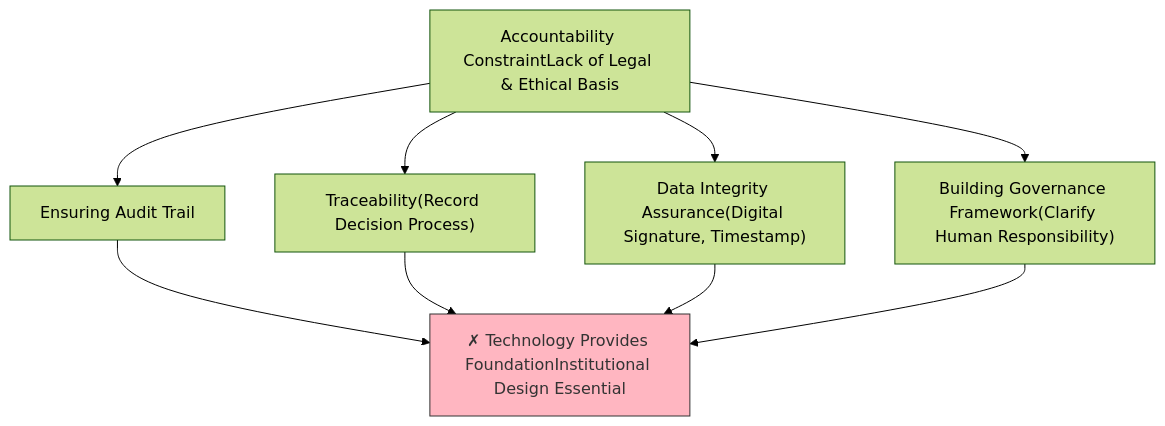
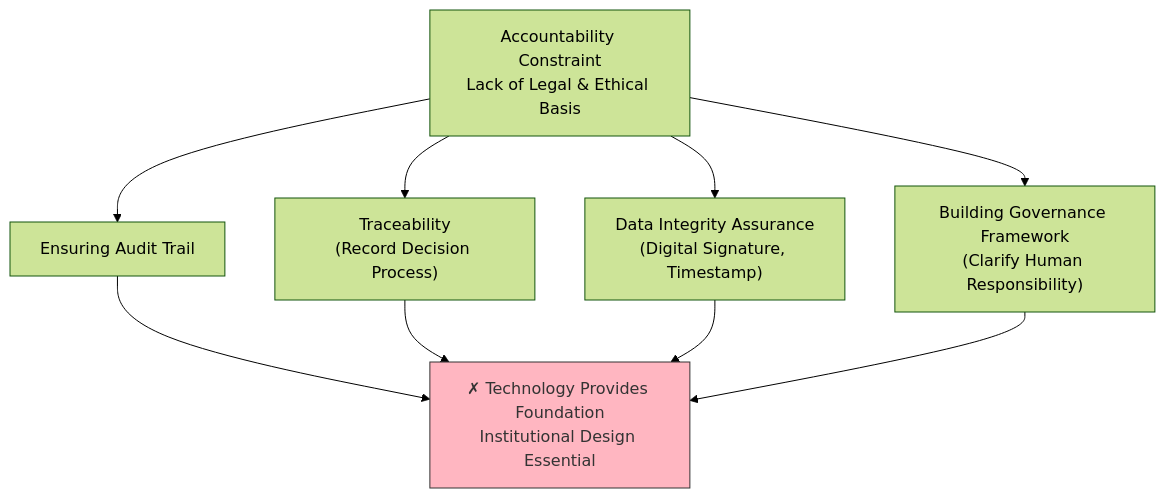
The eighth of 10 diagrams in docs/concepts/05-solving-ai-limitations.md (shuji-bonji/ai-agent-architecture), drawn with Mermaid (forest theme) before and after one commit. The commit also changed other lines of this file and 8 other files, not shown here.

````diff
--- a/docs/concepts/05-solving-ai-limitations.md
+++ b/docs/concepts/05-solving-ai-limitations.md
@@ -296,16 +296,16 @@
 ```mermaid
 flowchart TB
-    PROBLEM["Accountability Constraint<bn>Lack of Legal & Ethical Basis"]
+    PROBLEM["Accountability Constraint<br>Lack of Legal & Ethical Basis"]
 
     PROBLEM --> AUDIT["Ensuring Audit Trail"]
-    PROBLEM --> TRACE["Traceability<bn>(Record Decision Process)"]
-    PROBLEM --> INTEGRITY["Data Integrity Assurance<bn>(Digital Signature, Timestamp)"]
-    PROBLEM --> GOVERNANCE["Building Governance Framework<bn>(Clarify Human Responsibility)"]
+    PROBLEM --> TRACE["Traceability<br>(Record Decision Process)"]
+    PROBLEM --> INTEGRITY["Data Integrity Assurance<br>(Digital Signature, Timestamp)"]
+    PROBLEM --> GOVERNANCE["Building Governance Framework<br>(Clarify Human Responsibility)"]
 
-    AUDIT --> EVAL["✗ Technology Provides Foundation<bn>Institutional Design Essential"]
+    AUDIT --> EVAL["✗ Technology Provides Foundation<br>Institutional Design Essential"]
     TRACE --> EVAL
     INTEGRITY --> EVAL
     GOVERNANCE --> EVAL
 
     style EVAL fill:#FFB6C1,color:#333,stroke:#333
 ```
````
